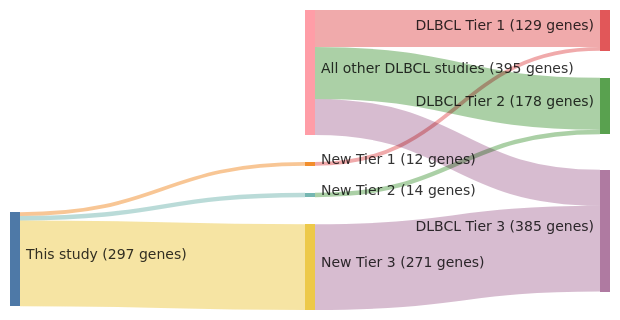
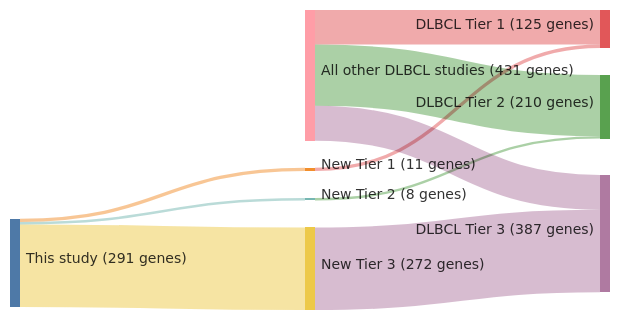
One commit to morinlab/lymphopedia changed the diagram in papers/zhangGeneticHeterogeneityDiffuse2013.md. Above: the diagram before and after it, drawn with Mermaid. The commit also changed other lines of this file and 81 other files, not shown here.

````diff
--- a/papers/zhangGeneticHeterogeneityDiffuse2013.md
+++ b/papers/zhangGeneticHeterogeneityDiffuse2013.md
@@ -12,23 +12,23 @@
 ```mermaid
 ---
 config:
     sankey:
         showValues: true
         linkColor: target
         width: 600
         height: 300
         nodeAlignment: right
         prefix: '('
         suffix: ' genes)'
 ---
 sankey-beta
-This study, New Tier 1, 12
-New Tier 1, DLBCL Tier 1, 12
-This study, New Tier 2, 14
-New Tier 2, DLBCL Tier 2, 14
-This study, New Tier 3, 271
-New Tier 3, DLBCL Tier 3, 271
-All other DLBCL studies, DLBCL Tier 1, 117
-All other DLBCL studies, DLBCL Tier 2, 164
-All other DLBCL studies, DLBCL Tier 3, 114
+This study, New Tier 1, 11
+New Tier 1, DLBCL Tier 1, 11
+This study, New Tier 2, 8
+New Tier 2, DLBCL Tier 2, 8
+This study, New Tier 3, 272
+New Tier 3, DLBCL Tier 3, 272
+All other DLBCL studies, DLBCL Tier 1, 114
+All other DLBCL studies, DLBCL Tier 2, 202
+All other DLBCL studies, DLBCL Tier 3, 115
 ```
````
